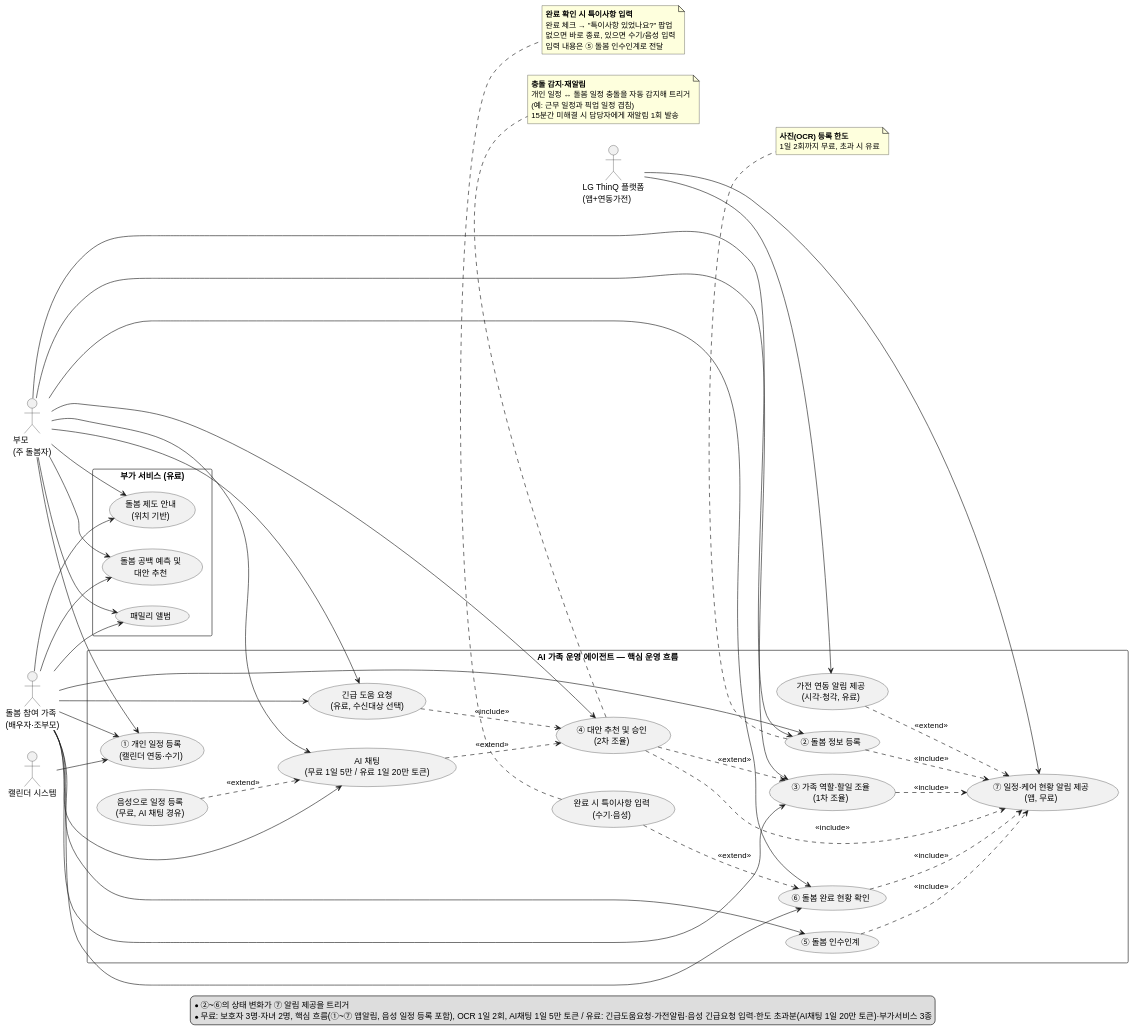
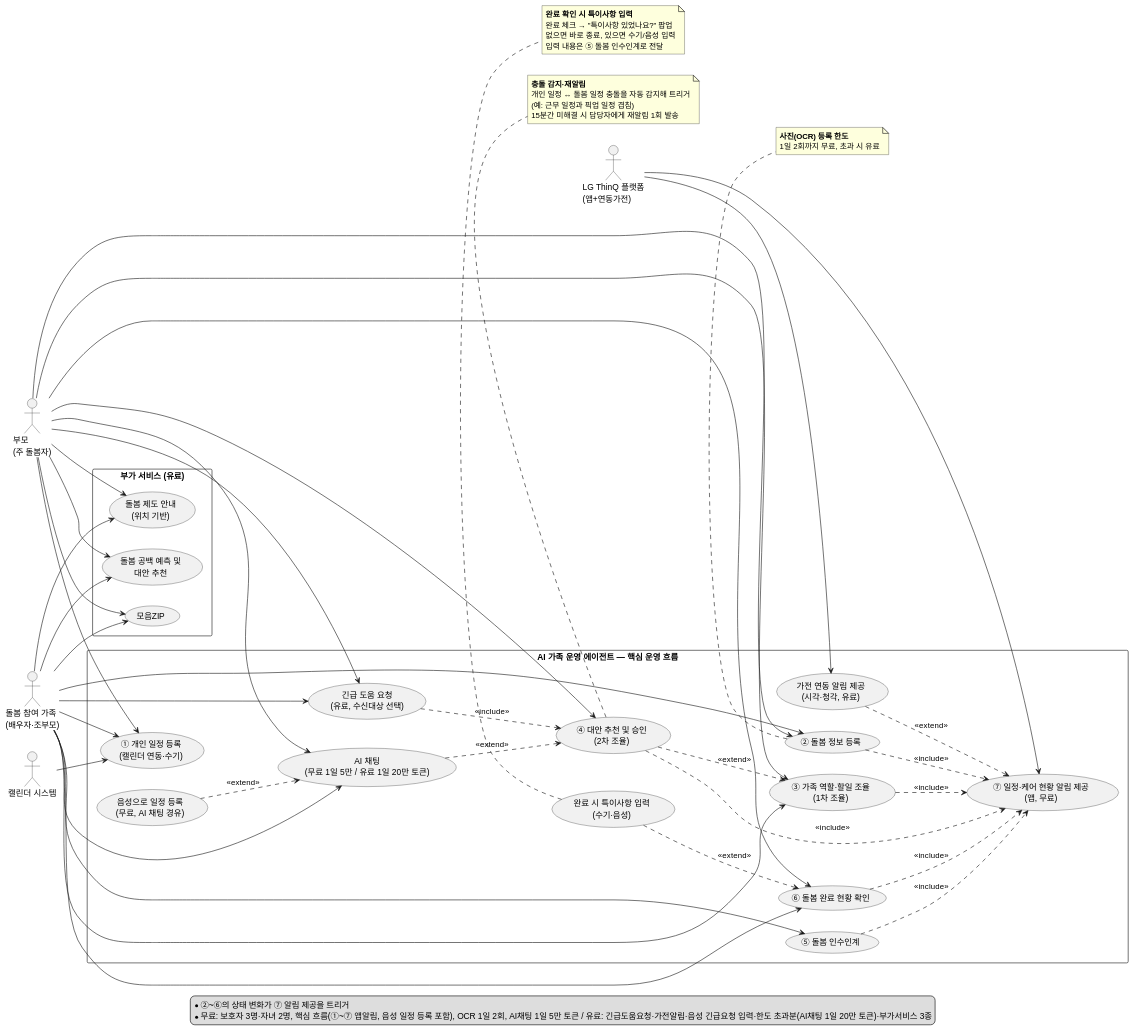
One commit to tarcein/LGDXPJ changed the diagram in docs/유스케이스다이어그램.md. Above: the diagram before and after it, drawn with PlantUML. The commit also changed other lines of this file and 40 other files, not shown here.

```diff
--- a/docs/유스케이스다이어그램.md
+++ b/docs/유스케이스다이어그램.md
@@ -114,7 +114,7 @@
 
 package "부가 서비스 (유료)" {
   usecase "돌봄 공백 예측 및\n대안 추천" as UC8
-  usecase "패밀리 앨범" as UC9
+  usecase "모음ZIP" as UC9
   usecase "돌봄 제도 안내\n(위치 기반)" as UC10
 }
 
```
